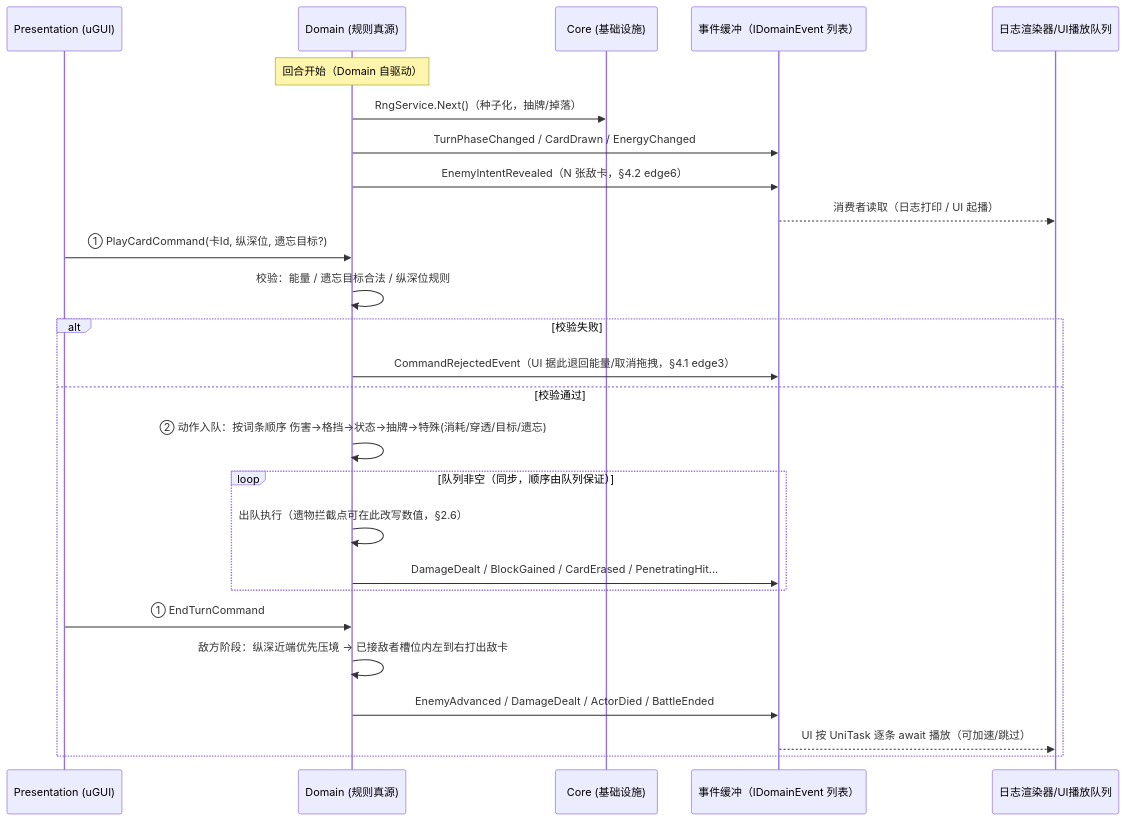
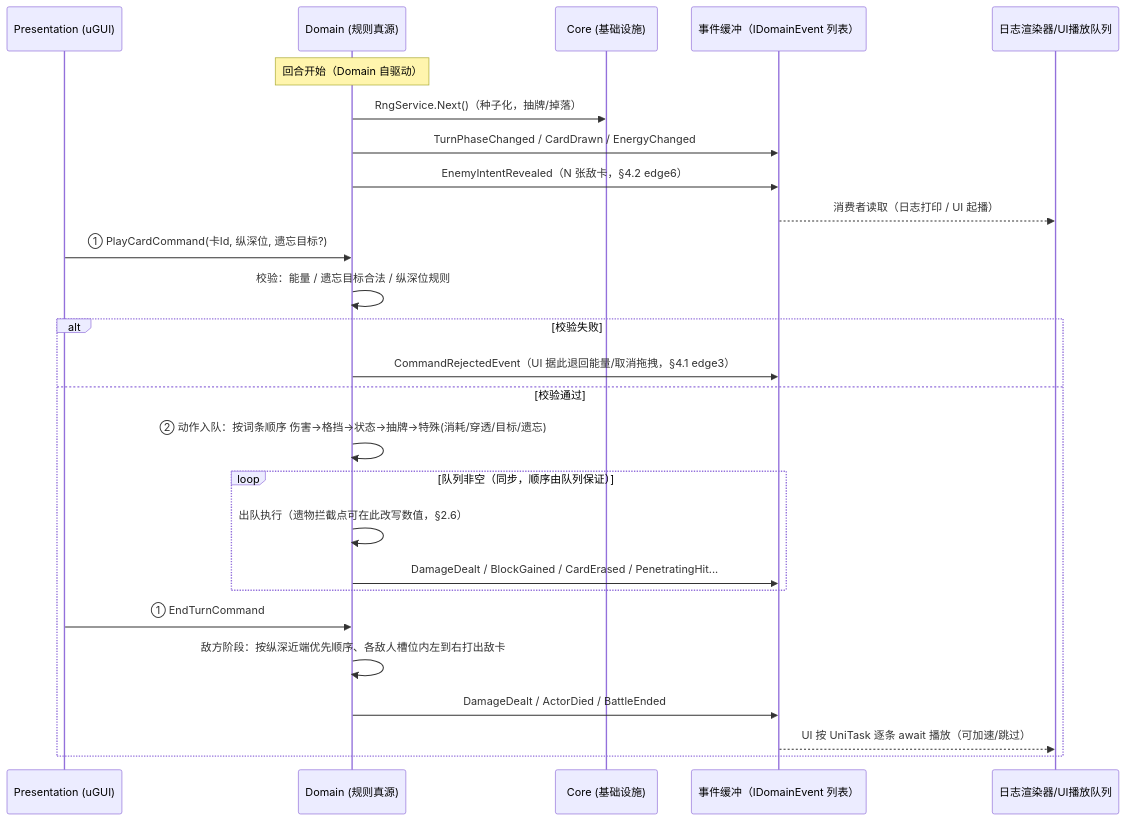
One commit to mzyqzmd/DreamKeep changed the second of 3 diagrams in Docs/04-项目实现顺序与系统解耦设计.md. Above: the diagram before and after it, drawn with Mermaid. The commit also changed other lines of this file and 1442 other files, not shown here.

````diff
--- a/Docs/04-项目实现顺序与系统解耦设计.md
+++ b/Docs/04-项目实现顺序与系统解耦设计.md
@@ -238,30 +238,30 @@
 ```mermaid
 sequenceDiagram
     participant U as Presentation (uGUI)
     participant D as Domain (规则真源)
     participant C as Core (基础设施)
     participant B as 事件缓冲（IDomainEvent 列表）
     participant R as 日志渲染器/UI播放队列
 
     Note over D: 回合开始（Domain 自驱动）
     D->>C: RngService.Next()（种子化，抽牌/掉落）
     D->>B: TurnPhaseChanged / CardDrawn / EnergyChanged
     D->>B: EnemyIntentRevealed（N 张敌卡，§4.2 edge6）
     B-->>R: 消费者读取（日志打印 / UI 起播）
 
     U->>D: ① PlayCardCommand(卡Id, 纵深位, 遗忘目标?)
     D->>D: 校验：能量 / 遗忘目标合法 / 纵深位规则
     alt 校验失败
         D->>B: CommandRejectedEvent（UI 据此退回能量/取消拖拽，§4.1 edge3）
     else 校验通过
         D->>D: ② 动作入队：按词条顺序 伤害→格挡→状态→抽牌→特殊(消耗/穿透/目标/遗忘)
         loop 队列非空（同步，顺序由队列保证）
             D->>D: 出队执行（遗物拦截点可在此改写数值，§2.6）
             D->>B: DamageDealt / BlockGained / CardErased / PenetratingHit...
         end
         U->>D: ① EndTurnCommand
-        D->>D: 敌方阶段：纵深近端优先压境 → 已接敌者槽位内左到右打出敌卡
-        D->>B: EnemyAdvanced / DamageDealt / ActorDied / BattleEnded
+        D->>D: 敌方阶段：按纵深近端优先顺序、各敌人槽位内左到右打出敌卡
+        D->>B: DamageDealt / ActorDied / BattleEnded
         B-->>R: UI 按 UniTask 逐条 await 播放（可加速/跳过）
     end
 ```
````
